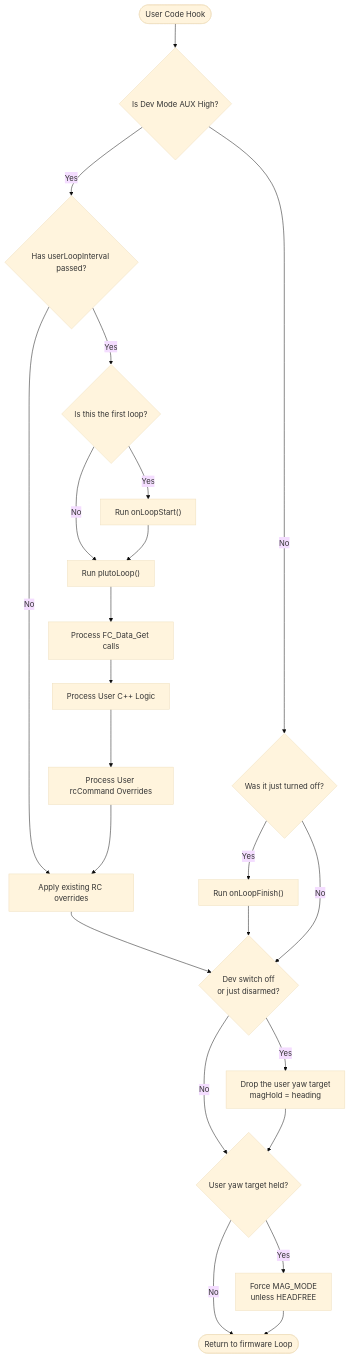
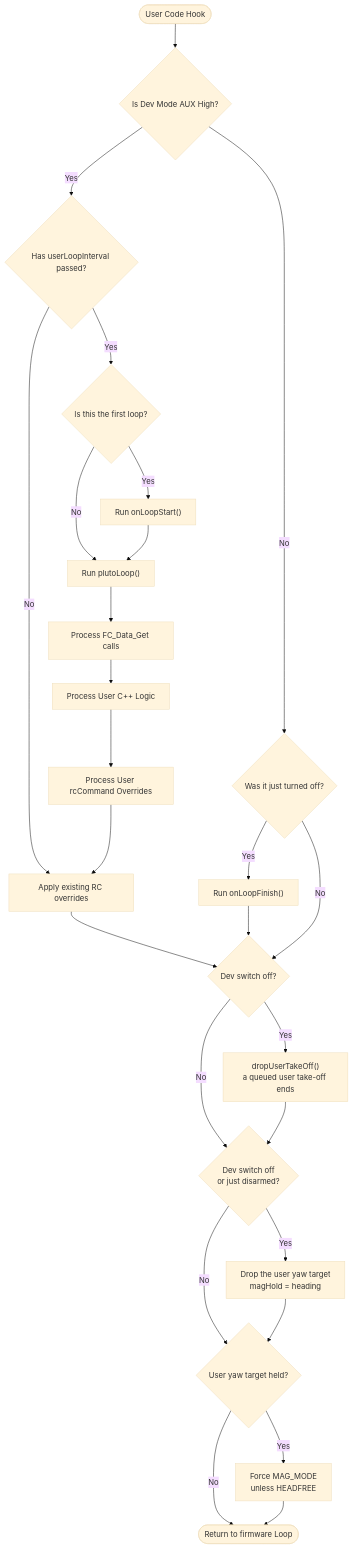
Before and after one commit to DronaAviation/MagisV2: the first of 3 diagrams in docs/fw-development-reference/fw-architecture-pipeline/subsystems/User_Space_API.md, drawn with Mermaid (base theme). The commit also changed other lines of this file and 39 other files, not shown here.

````diff
--- a/docs/fw-development-reference/fw-architecture-pipeline/subsystems/User_Space_API.md
+++ b/docs/fw-development-reference/fw-architecture-pipeline/subsystems/User_Space_API.md
@@ -44,30 +64,33 @@
 ```mermaid
 flowchart TD
     Start([User Code Hook]) --> DevCheck{Is Dev Mode AUX High?}
     
     DevCheck -- No --> FinishCheck{Was it just turned off?}
     FinishCheck -- Yes --> RunFinish["Run onLoopFinish()"]
     
     DevCheck -- Yes --> TimeCheck{Has userLoopInterval passed?}
     TimeCheck -- No --> ApplyOld[Apply existing RC overrides]
     
     TimeCheck -- Yes --> StartCheck{Is this the first loop?}
     StartCheck -- Yes --> RunStart["Run onLoopStart()"]
     StartCheck -- No --> RunPluto
     RunStart --> RunPluto["Run plutoLoop()"]
     
     RunPluto --> ReadSensors[Process FC_Data_Get calls]
     ReadSensors --> ProcessLogic[Process User C++ Logic]
     ProcessLogic --> Overrides[Process User rcCommand Overrides]
     
     Overrides --> ApplyOld
-    ApplyOld --> YawTail
-    RunFinish --> YawTail
-    FinishCheck -- No --> YawTail
+    ApplyOld --> TakeOffTail
+    RunFinish --> TakeOffTail
+    FinishCheck -- No --> TakeOffTail
+    TakeOffTail{"Dev switch off?"} -- Yes --> DropTakeOff["dropUserTakeOff()<br/>a queued user take-off ends"]
+    TakeOffTail -- No --> YawTail
+    DropTakeOff --> YawTail
     YawTail{"Dev switch off<br/>or just disarmed?"} -- Yes --> Drop["Drop the user yaw target<br/>magHold = heading"]
     YawTail -- No --> Force
     Drop --> Force{"User yaw target held?"}
     Force -- Yes --> Mag["Force MAG_MODE<br/>unless HEADFREE"]
     Force -- No --> End([Return to firmware Loop])
     Mag --> End
 ```
````
